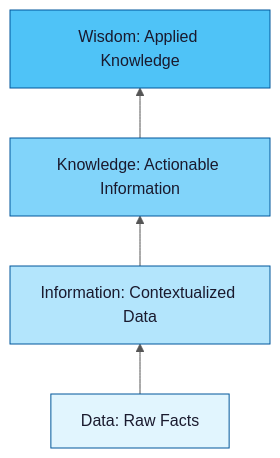
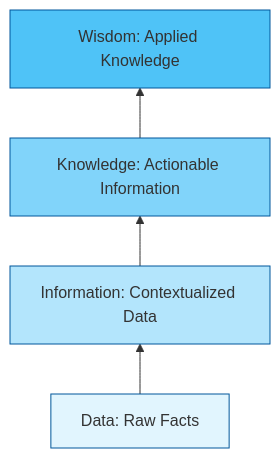
The first of 5 diagrams in notes/data_analysis/Chapter1_Introduction_to_DAV.md (DeepLumiere/DeepSkills), drawn with Mermaid before and after one commit. The commit also changed other lines of this file and 8 other files, not shown here.

````diff
--- a/notes/data_analysis/Chapter1_Introduction_to_DAV.md
+++ b/notes/data_analysis/Chapter1_Introduction_to_DAV.md
@@ -190,23 +190,10 @@
 ```mermaid
-
-%%{init: {'theme': 'base', 'themeVariables': {'primaryColor': '#e8f4f8', 'primaryBorderColor': '#2196F3', 'primaryTextColor': '#1a1a2e', 'lineColor': '#555', 'edgeLabelBackground': '#ffffff', 'clusterBkg': '#f0f7ff', 'clusterBorder': '#90caf9'}} }%%
-
 graph BT
-
     A["Data: Raw Facts"] --> B["Information: Contextualized Data"]
-
     B --> C["Knowledge: Actionable Information"]
-
     C --> D["Wisdom: Applied Knowledge"]
-
-    
-
     style A fill:#e1f5fe,stroke:#01579b
-
     style B fill:#b3e5fc,stroke:#01579b
-
     style C fill:#81d4fa,stroke:#01579b
-
     style D fill:#4fc3f7,stroke:#01579b
-
 ```
````
